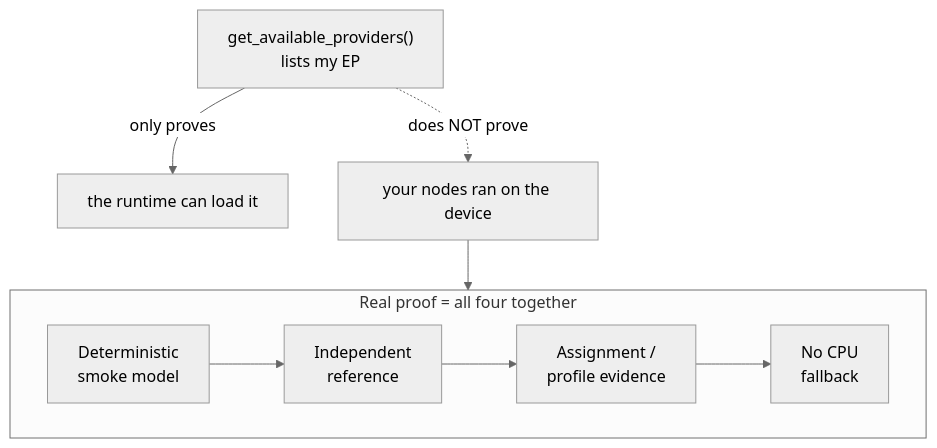
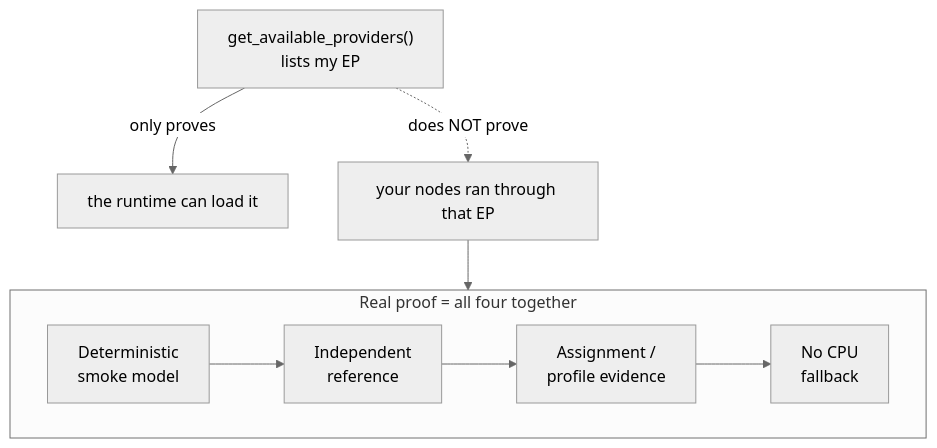
The third of 7 diagrams in README.md (DakeQQ/Tutorial-ONNX-Runtime-Execution-Providers), drawn with Mermaid (neutral theme) before and after one commit. The commit also changed other lines of this file and 15 other files, not shown here.

````diff
--- a/README.md
+++ b/README.md
@@ -81,13 +91,13 @@
 ```mermaid
 flowchart TD
     Q["get_available_providers()<br/>lists my EP"]
     Q -->|only proves| A["the runtime can load it"]
-    Q -.->|does NOT prove| B["your nodes ran on the device"]
+    Q -.->|does NOT prove| B["your nodes ran through that EP"]
     subgraph Need["Real proof = all four together"]
       direction LR
       M["Deterministic<br/>smoke model"] --> R["Independent<br/>reference"]
       R --> G["Assignment /<br/>profile evidence"]
       G --> F["No CPU<br/>fallback"]
     end
     B --> M
 ```
````
